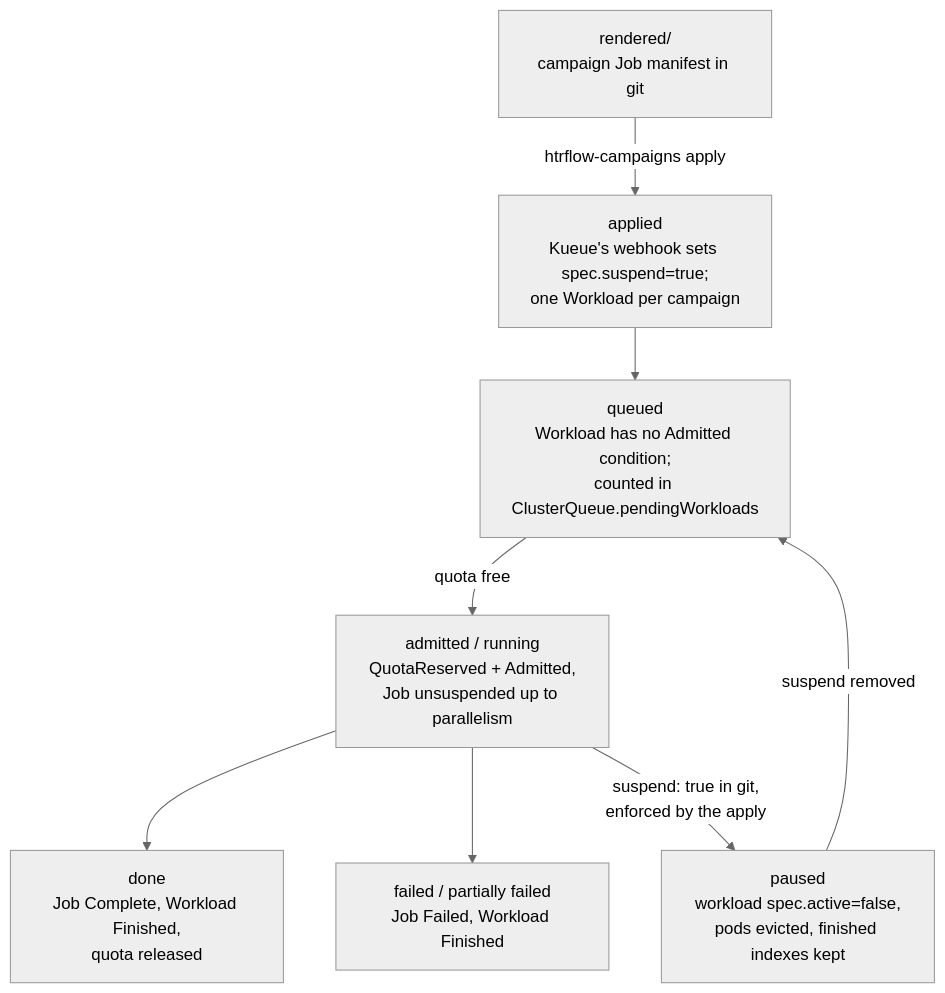
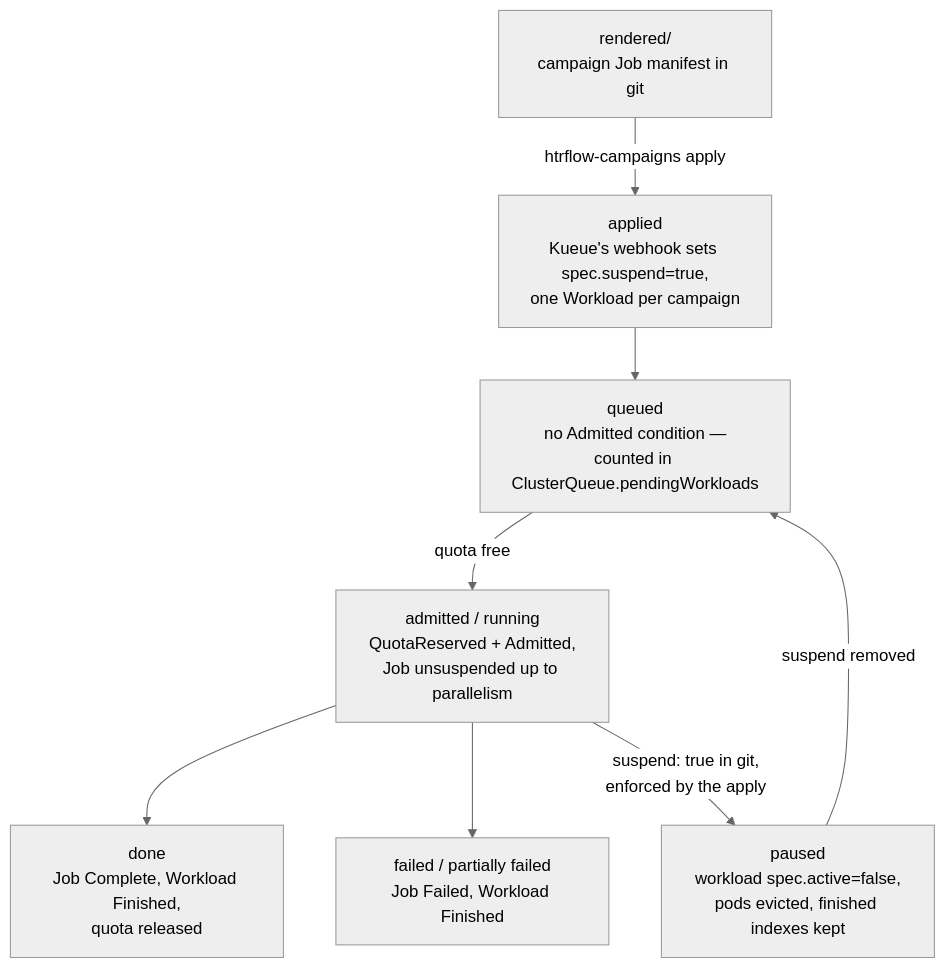
One commit to AI-Riksarkivet/htrflow-batch changed the diagram in docs/how-it-works/queueing.md. Above: the diagram before and after it, drawn with Mermaid (neutral theme).

Commit message:
docs(queueing): no semicolon inside a Mermaid node label
Same rule main just applied to architecture.md: a ";" in a label ends the
statement and breaks the diagram on the site. Two labels in the admission
flowchart carried one.

Claude-Session: https://claude.ai/code/session_01TVoWHUqwS3Egmx623fyT5P

````diff
--- a/docs/how-it-works/queueing.md
+++ b/docs/how-it-works/queueing.md
@@ -54,18 +54,18 @@
 ```mermaid
 flowchart TB
     R["rendered/<br/>campaign Job manifest in git"]
-    A["applied<br/>Kueue's webhook sets spec.suspend=true;<br/>one Workload per campaign"]
-    Q["queued<br/>Workload has no Admitted condition;<br/>counted in ClusterQueue.pendingWorkloads"]
+    A["applied<br/>Kueue's webhook sets spec.suspend=true,<br/>one Workload per campaign"]
+    Q["queued<br/>no Admitted condition —<br/>counted in ClusterQueue.pendingWorkloads"]
     R2["admitted / running<br/>QuotaReserved + Admitted,<br/>Job unsuspended up to parallelism"]
     D["done<br/>Job Complete, Workload Finished,<br/>quota released"]
     P["paused<br/>workload spec.active=false,<br/>pods evicted, finished indexes kept"]
     F["failed / partially failed<br/>Job Failed, Workload Finished"]
 
     R -->|"htrflow-campaigns apply"| A
     A --> Q
     Q -->|"quota free"| R2
     R2 --> D
     R2 --> F
     R2 -->|"suspend: true in git,<br/>enforced by the apply"| P
     P -->|"suspend removed"| Q
 ```
````
